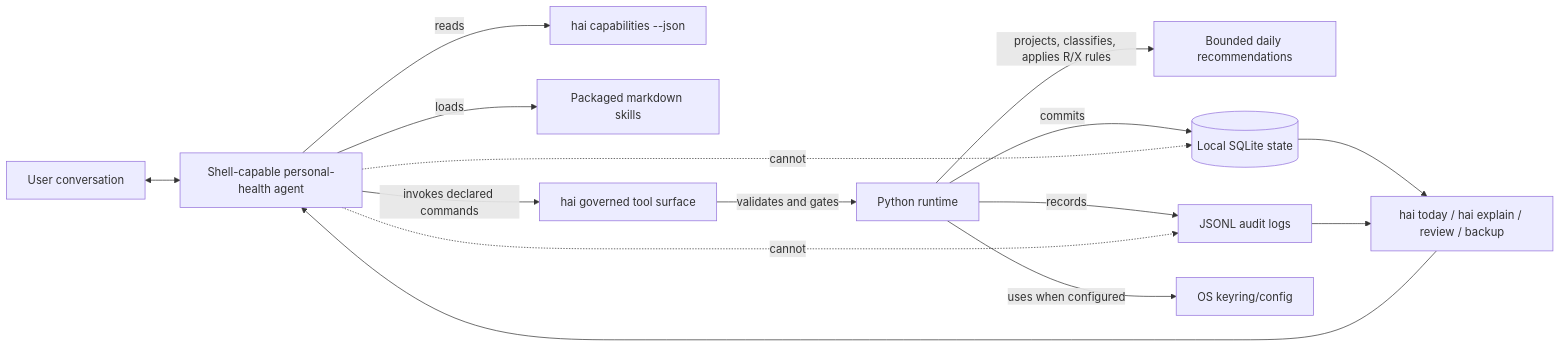
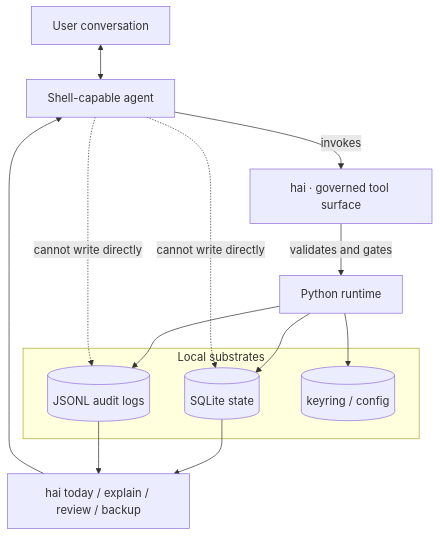
Before and after one commit to dtcolligan/health_agent_infra: the diagram in README.md, drawn with Mermaid.

Commit message:
docs: reformat README "Product boundary" Mermaid (LR -> TB, group substrates, drop redundant labels)

````diff
--- a/README.md
+++ b/README.md
@@ -32,17 +32,26 @@
 ```mermaid
-flowchart LR
-    U[User conversation] <--> A[Shell-capable personal-health agent]
-    A -->|reads| C[hai capabilities --json]
-    A -->|loads| S[Packaged markdown skills]
-    A -->|invokes declared commands| H[hai governed tool surface]
-    H -->|validates and gates| R[Python runtime]
-    R -->|projects, classifies, applies R/X rules| P[Bounded daily recommendations]
-    R -->|commits| D[(Local SQLite state)]
-    R -->|records| J[JSONL audit logs]
-    R -->|uses when configured| K[OS keyring/config]
-    D --> E[hai today / hai explain / review / backup]
+flowchart TB
+    U[User conversation]
+    A[Shell-capable agent]
+    H["hai · governed tool surface"]
+    R[Python runtime]
+    E[hai today / explain / review / backup]
+
+    subgraph state["Local substrates"]
+        D[(SQLite state)]
+        J[(JSONL audit logs)]
+        K[(keyring / config)]
+    end
+
+    U <--> A
+    A -->|invokes| H
+    H -->|validates and gates| R
+    R --> D
+    R --> J
+    R --> K
+    D --> E
     J --> E
     E --> A
-    A -. cannot .-> D
-    A -. cannot .-> J
+    A -. cannot write directly .-> D
+    A -. cannot write directly .-> J
 ```
````
